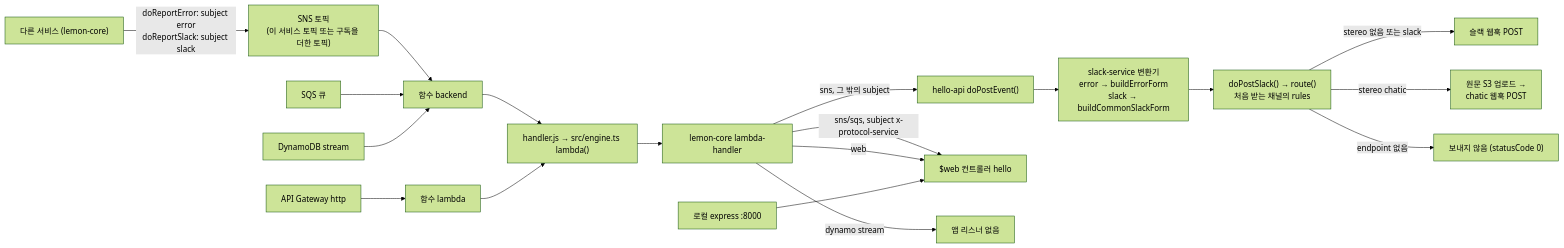
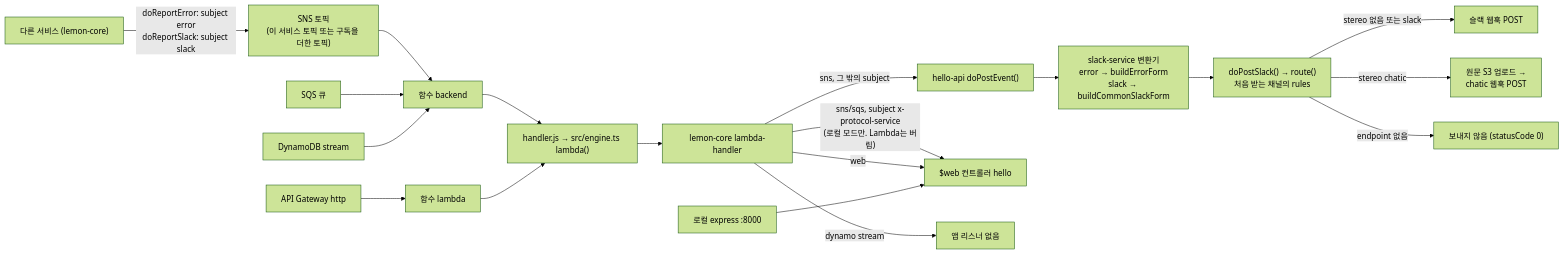
One commit to lemoncloud-io/lemon-hello-api changed the diagram in README.md. Above: the diagram before and after it, drawn with Mermaid (forest theme). The commit also changed other lines of this file and 16 other files, not shown here.

````diff
--- a/README.md
+++ b/README.md
@@ -44,21 +47,21 @@
 ```mermaid
 flowchart LR
     MS["다른 서비스 (lemon-core)"] -- "doReportError: subject error<br/>doReportSlack: subject slack" --> TOPIC["SNS 토픽<br/>(이 서비스 토픽 또는 구독을 더한 토픽)"]
     TOPIC --> FB["함수 backend"]
     SQS["SQS 큐"] --> FB
     DDB["DynamoDB stream"] --> FB
     APIGW["API Gateway http"] --> FL["함수 lambda"]
     FB --> H["handler.js → src/engine.ts lambda()"]
     FL --> H
     H --> LC["lemon-core lambda-handler"]
     LC -- "sns, 그 밖의 subject" --> EV["hello-api doPostEvent()"]
-    LC -- "sns/sqs, subject x-protocol-service" --> WEB["$web 컨트롤러 hello"]
+    LC -- "sns/sqs, subject x-protocol-service<br/>(로컬 모드만. Lambda는 버림)" --> WEB["$web 컨트롤러 hello"]
     LC -- "web" --> WEB
     LC -- "dynamo stream" --> NONE["앱 리스너 없음"]
     EV --> TR["slack-service 변환기<br/>error → buildErrorForm<br/>slack → buildCommonSlackForm"]
     TR --> SL["doPostSlack() → route()<br/>처음 받는 채널의 rules"]
     SL -- "stereo 없음 또는 slack" --> SLACK["슬랙 웹훅 POST"]
     SL -- "stereo chatic" --> CHATIC["원문 S3 업로드 →<br/>chatic 웹훅 POST"]
     SL -- "endpoint 없음" --> SKIP["보내지 않음 (statusCode 0)"]
     LOCAL["로컬 express :8000"] --> WEB
 ```
````
